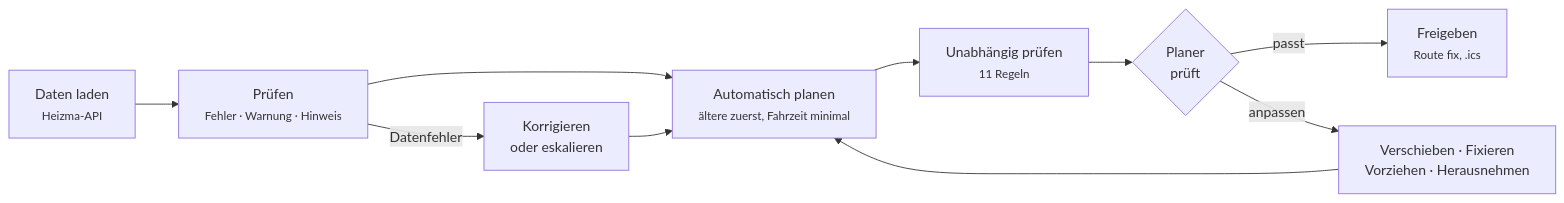
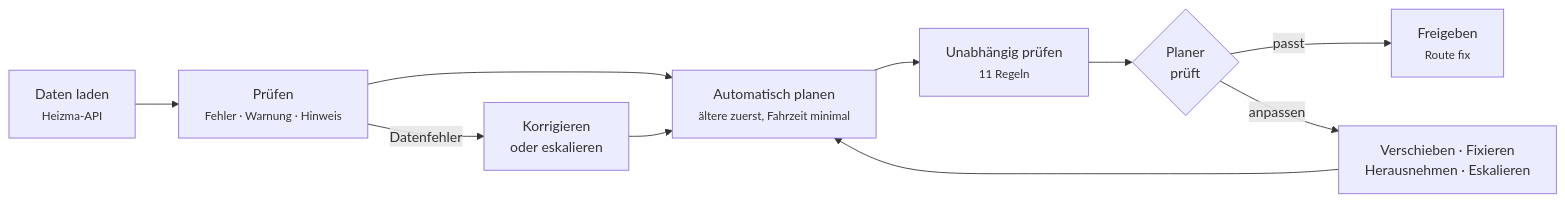
The diagram in docs/01-aufgabe-und-ergebnis.md (oekfbIT/Heizma), drawn with Mermaid before and after one commit. The commit also changed other lines of this file and 55 other files, not shown here.

````diff
--- a/docs/01-aufgabe-und-ergebnis.md
+++ b/docs/01-aufgabe-und-ergebnis.md
@@ -19,12 +19,12 @@
 ```mermaid
 flowchart LR
   A["Daten laden<br/><small>Heizma-API</small>"] --> B["Prüfen<br/><small>Fehler · Warnung · Hinweis</small>"]
   B --> C["Automatisch planen<br/><small>ältere zuerst, Fahrzeit minimal</small>"]
   C --> D["Unabhängig prüfen<br/><small>11 Regeln</small>"]
   D --> E{"Planer<br/>prüft"}
-  E -->|passt| F["Freigeben<br/><small>Route fix, .ics</small>"]
-  E -->|"anpassen"| G["Verschieben · Fixieren<br/>Vorziehen · Herausnehmen"]
+  E -->|passt| F["Freigeben<br/><small>Route fix</small>"]
+  E -->|"anpassen"| G["Verschieben · Fixieren<br/>Herausnehmen · Eskalieren"]
   G --> C
   B -->|"Datenfehler"| H["Korrigieren<br/>oder eskalieren"]
   H --> C
 ```
````
